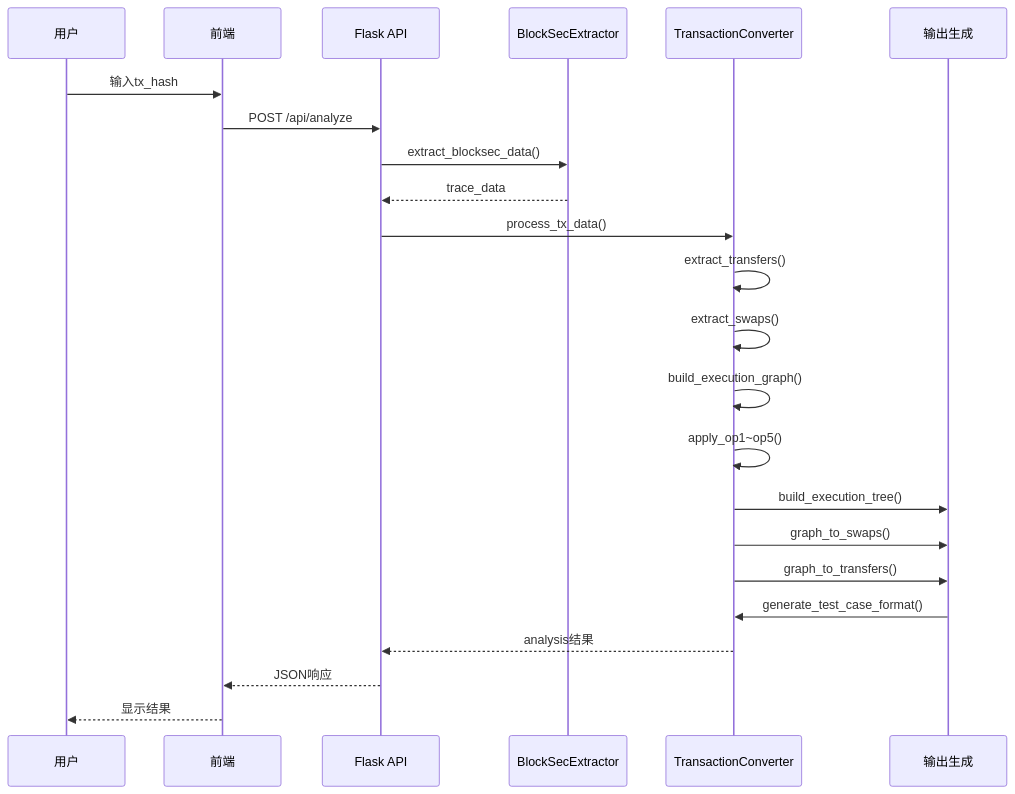
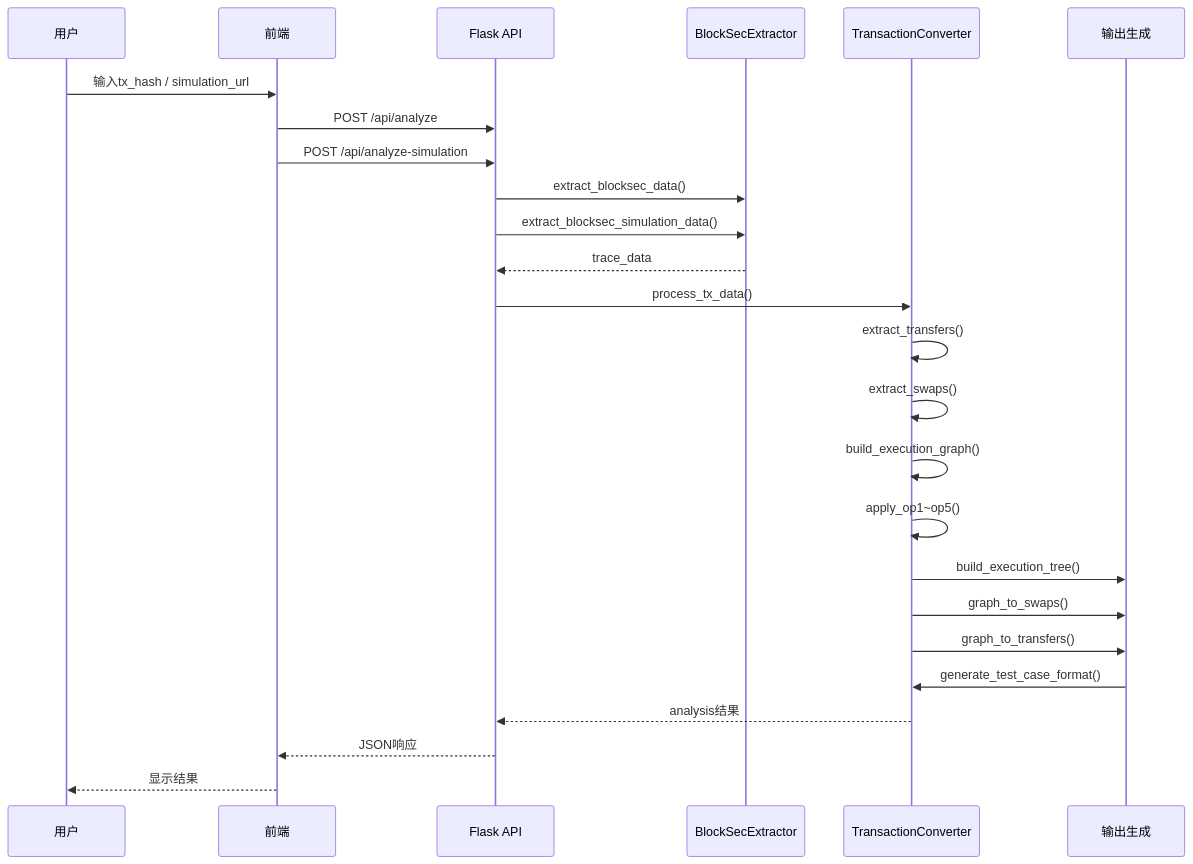
One commit to bryanzk/CallTraceSniffer changed the sixth of 6 diagrams in docs/development/DATA_FLOW.md. Above: the diagram before and after it, drawn with Mermaid. The commit also changed other lines of this file and 7 other files, not shown here.

````diff
--- a/docs/development/DATA_FLOW.md
+++ b/docs/development/DATA_FLOW.md
@@ -514,26 +514,28 @@
 ```mermaid
 sequenceDiagram
     participant User as 用户
     participant Frontend as 前端
     participant API as Flask API
     participant Extractor as BlockSecExtractor
     participant Converter as TransactionConverter
     participant Output as 输出生成
 
-    User->>Frontend: 输入tx_hash
+    User->>Frontend: 输入tx_hash / simulation_url
     Frontend->>API: POST /api/analyze
+    Frontend->>API: POST /api/analyze-simulation
     API->>Extractor: extract_blocksec_data()
+    API->>Extractor: extract_blocksec_simulation_data()
     Extractor-->>API: trace_data
     API->>Converter: process_tx_data()
     Converter->>Converter: extract_transfers()
     Converter->>Converter: extract_swaps()
     Converter->>Converter: build_execution_graph()
     Converter->>Converter: apply_op1~op5()
     Converter->>Output: build_execution_tree()
     Converter->>Output: graph_to_swaps()
     Converter->>Output: graph_to_transfers()
     Output->>Converter: generate_test_case_format()
     Converter-->>API: analysis结果
     API-->>Frontend: JSON响应
     Frontend-->>User: 显示结果
 ```
````
